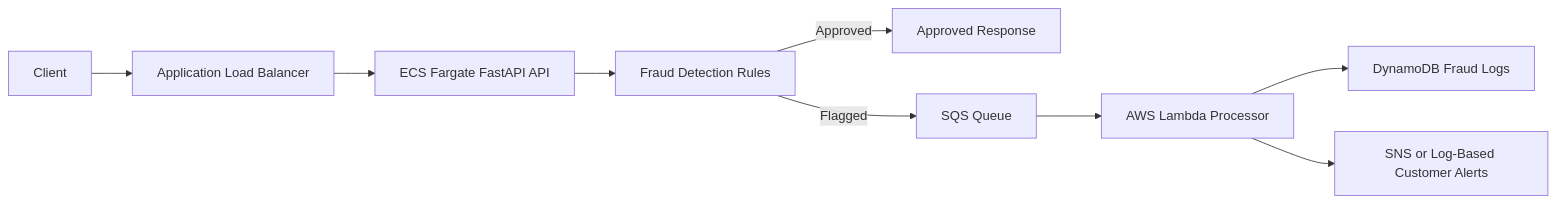
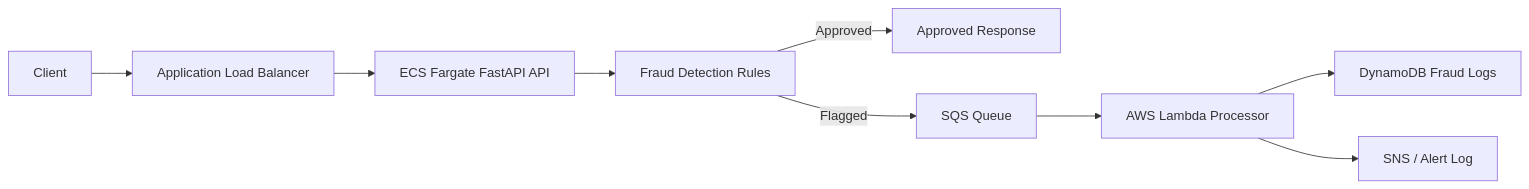
One commit to ayogenthiran/banking-fraud-alert-system changed the diagram in README.md. Above: the diagram before and after it, drawn with Mermaid. The commit also changed other lines of this file, not shown here.

````diff
--- a/README.md
+++ b/README.md
@@ -24,11 +29,11 @@
 ```mermaid
 flowchart LR
     Client[Client] --> ALB[Application Load Balancer]
     ALB --> ECS[ECS Fargate FastAPI API]
     ECS --> Rules[Fraud Detection Rules]
-    Rules -->|Approved| Response[Approved Response]
+    Rules -->|Approved| Approved[Approved Response]
     Rules -->|Flagged| SQS[SQS Queue]
     SQS --> Lambda[AWS Lambda Processor]
     Lambda --> DynamoDB[DynamoDB Fraud Logs]
-    Lambda --> Alerts[SNS or Log-Based Customer Alerts]
+    Lambda --> Alert[SNS / Alert Log]
 ```
````
